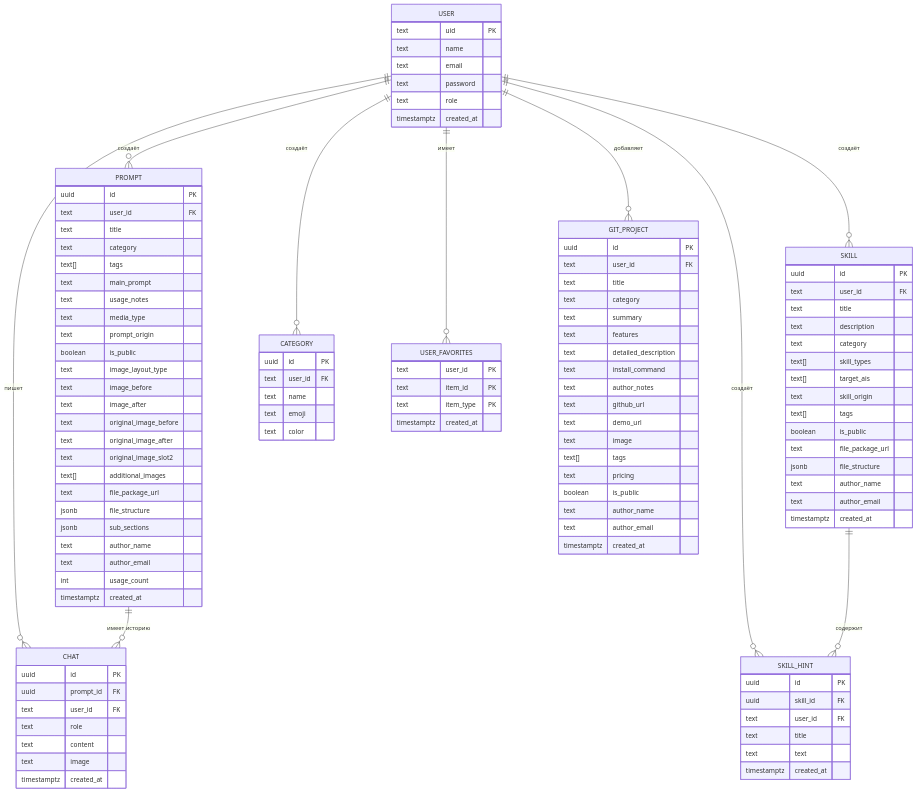
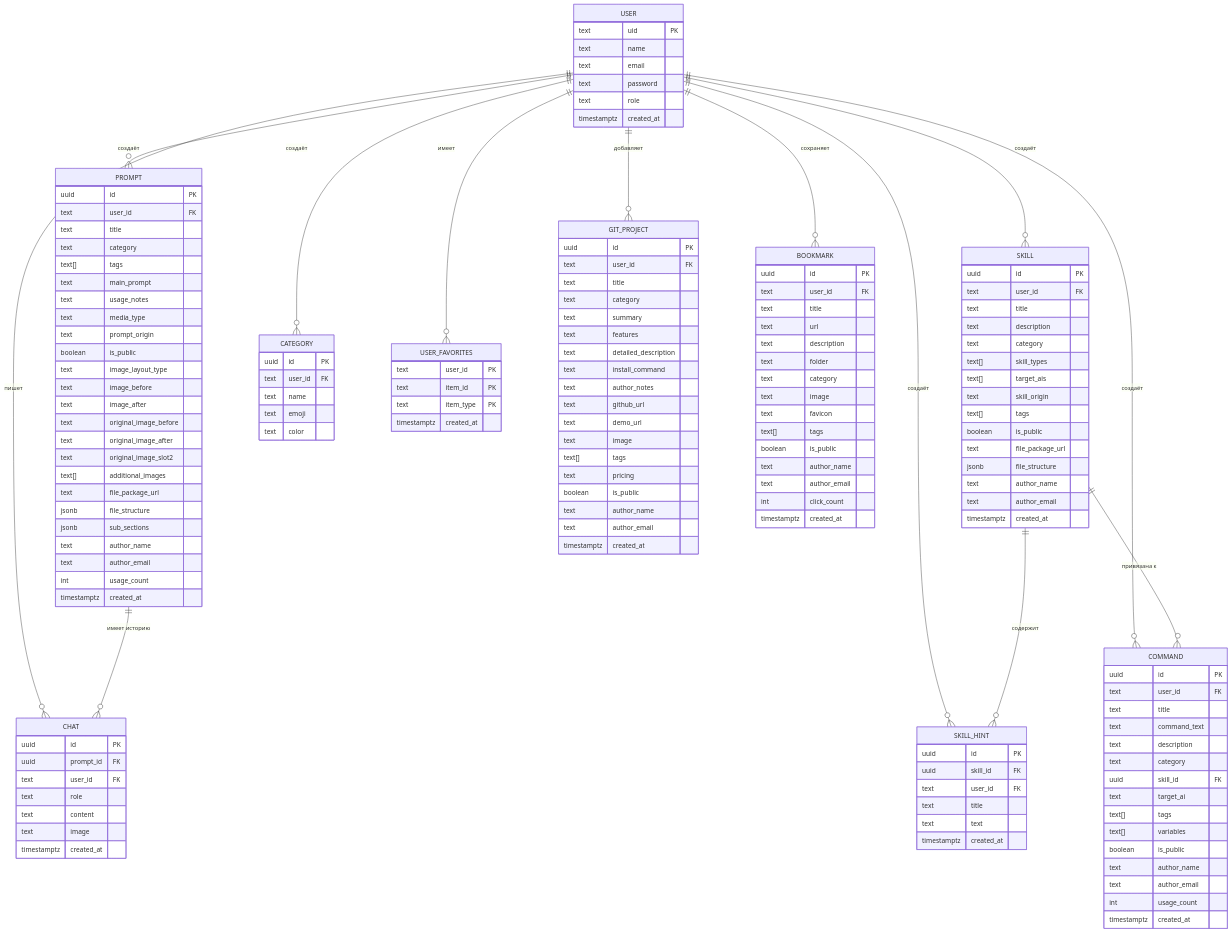
The diagram in Agent/MD_files/SCHEMA.md (evergardenforwork-ui/promptvault), drawn with Mermaid before and after one commit. The commit also changed other lines of this file and 10 other files, not shown here.

````diff
--- a/Agent/MD_files/SCHEMA.md
+++ b/Agent/MD_files/SCHEMA.md
@@ -108,6 +108,40 @@
         text author_email
         timestamptz created_at
     }
+    COMMAND {
+        uuid id PK
+        text user_id FK
+        text title
+        text command_text
+        text description
+        text category
+        uuid skill_id FK
+        text target_ai
+        text[] tags
+        text[] variables
+        boolean is_public
+        text author_name
+        text author_email
+        int usage_count
+        timestamptz created_at
+    }
+    BOOKMARK {
+        uuid id PK
+        text user_id FK
+        text title
+        text url
+        text description
+        text folder
+        text category
+        text image
+        text favicon
+        text[] tags
+        boolean is_public
+        text author_name
+        text author_email
+        int click_count
+        timestamptz created_at
+    }
 
     USER ||--o{ PROMPT : "создаёт"
     USER ||--o{ SKILL : "создаёт"
@@ -116,6 +150,9 @@
     USER ||--o{ USER_FAVORITES : "имеет"
     USER ||--o{ SKILL_HINT : "создаёт"
     USER ||--o{ GIT_PROJECT : "добавляет"
+    USER ||--o{ COMMAND : "создаёт"
+    USER ||--o{ BOOKMARK : "сохраняет"
     PROMPT ||--o{ CHAT : "имеет историю"
     SKILL ||--o{ SKILL_HINT : "содержит"
+    SKILL ||--o{ COMMAND : "привязана к"
 ```
````
